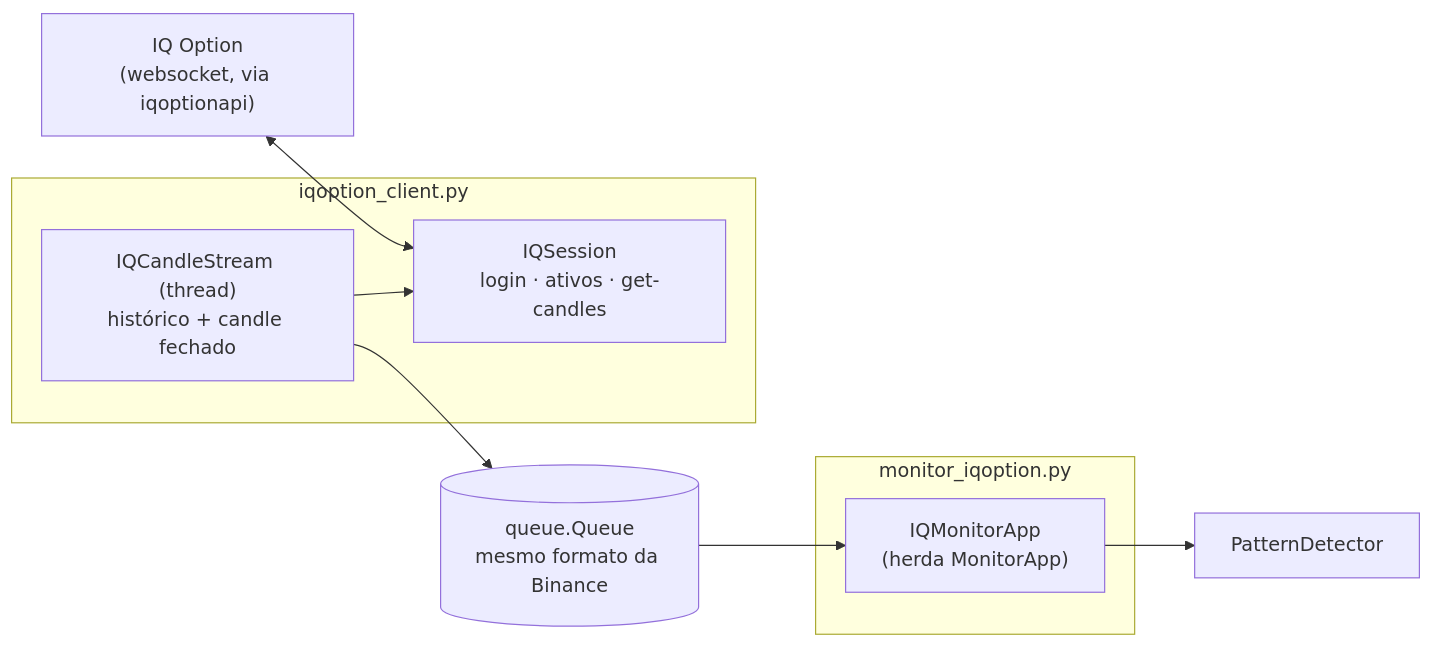
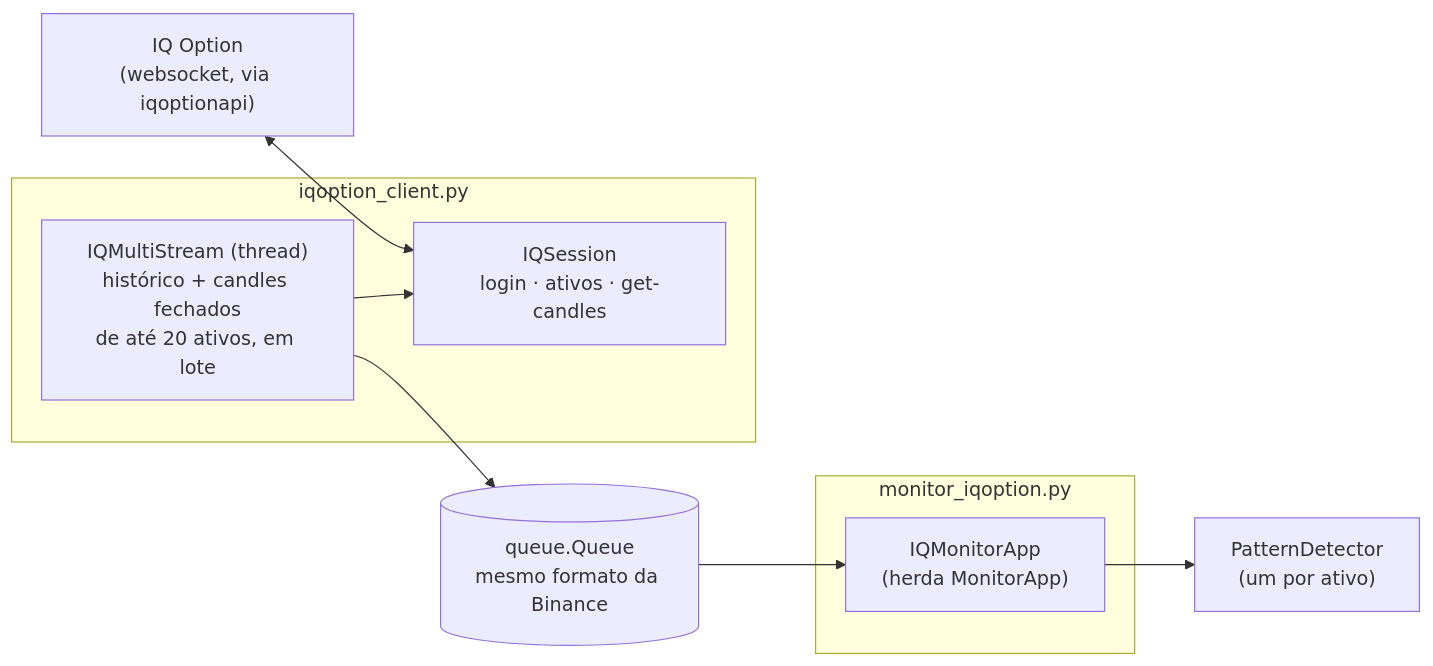
The diagram in iqoption/README.md (RalphRebello/market-monitor), drawn with Mermaid before and after one commit. The commit also changed other lines of this file and 4 other files, not shown here.

````diff
--- a/iqoption/README.md
+++ b/iqoption/README.md
@@ -92,20 +138,20 @@
 ```mermaid
 flowchart LR
     IQ["IQ Option<br/>(websocket, via iqoptionapi)"]
 
     subgraph client["iqoption_client.py"]
         S["IQSession<br/>login · ativos · get-candles"]
-        T["IQCandleStream (thread)<br/>histórico + candle fechado"]
+        T["IQMultiStream (thread)<br/>histórico + candles fechados<br/>de até 20 ativos, em lote"]
     end
 
     subgraph gui["monitor_iqoption.py"]
         A["IQMonitorApp<br/>(herda MonitorApp)"]
     end
 
-    D["PatternDetector"]
+    D["PatternDetector<br/>(um por ativo)"]
     Q[("queue.Queue<br/>mesmo formato da Binance")]
 
     IQ <--> S
     T --> S
     T --> Q --> A --> D
 ```
````
